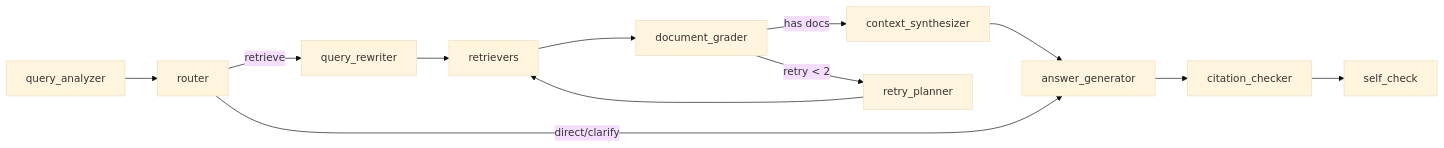
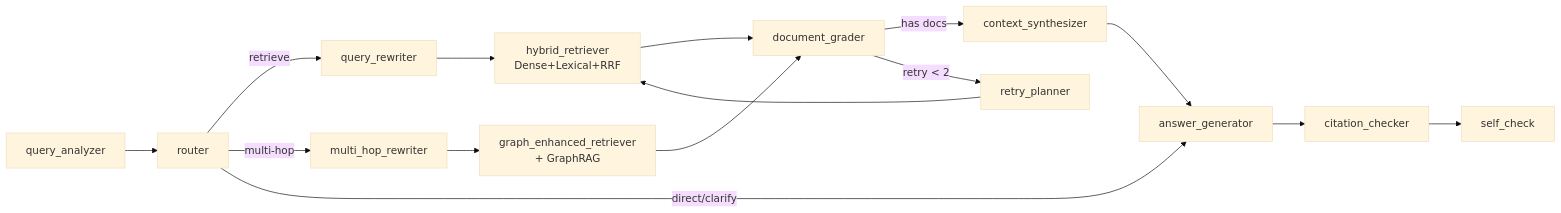
Before and after one commit to Sggggt/DialoGraph: the sixth of 6 diagrams in README.en.md, drawn with Mermaid (base theme). The commit also changed other lines of this file and 32 other files, not shown here.

Commit message:
feat: 恢复了某些事务的ACID特性，增加GraphRAG架构，支持图增强检索

````diff
--- a/README.en.md
+++ b/README.en.md
@@ -428,14 +462,17 @@
 ```mermaid
 graph LR
     A[query_analyzer] --> B[router]
     B -->|retrieve| C[query_rewriter]
+    B -->|multi-hop| C2[multi_hop_rewriter]
     B -->|direct/clarify| G[answer_generator]
-    C --> D[retrievers]
+    C --> D[hybrid_retriever<br/>Dense+Lexical+RRF]
+    C2 --> D2[graph_enhanced_retriever<br/>+ GraphRAG]
     D --> E[document_grader]
+    D2 --> E
     E -->|has docs| F[context_synthesizer]
     E -->|retry < 2| R[retry_planner]
     R --> D
     F --> G
     G --> H[citation_checker]
     H --> I[self_check]
 ```
````
